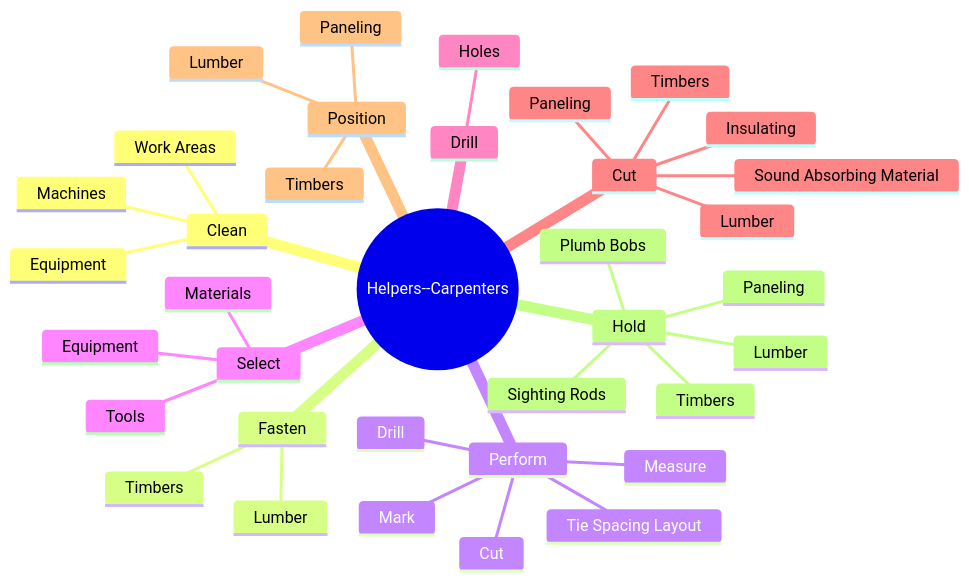
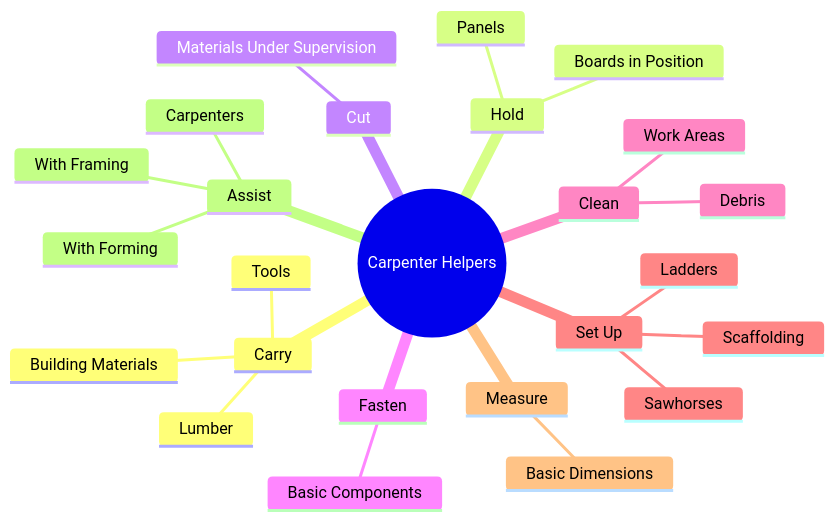
The second of 4 diagrams in occupations/Construction/HelpersCarpenters.mdx (kziemski/business.org.ai), drawn with Mermaid before and after one commit. The commit also changed other lines of this file and 938 other files, not shown here.

````diff
--- a/occupations/Construction/HelpersCarpenters.mdx
+++ b/occupations/Construction/HelpersCarpenters.mdx
@@ -37,39 +46,28 @@
 ```mermaid
 mindmap
-    root(("Helpers--Carpenters"))
+    root(("Carpenter Helpers"))
+        Carry
+            Lumber
+            Building Materials
+            Tools
+        Hold
+            Boards in Position
+            Panels
+        Cut
+            Materials Under Supervision
+        Fasten
+            Basic Components
         Clean
             Work Areas
-            Machines
-            Equipment
-        Fasten
-            Timbers
-            Lumber
-        Perform
-            Tie Spacing Layout
-            Measure
-            Mark
-            Drill
-            Cut
-        Select
-            Tools
-            Equipment
-            Materials
-        Drill
-            Holes
-        Cut
-            Timbers
-            Lumber
-            Paneling
-            Insulating
-            Sound Absorbing Material
-        Position
-            Timbers
-            Lumber
-            Paneling
-        Hold
-            Timbers
-            Lumber
-            Paneling
-            Plumb Bobs
-            Sighting Rods
+            Debris
+        Set Up
+            Scaffolding
+            Ladders
+            Sawhorses
+        Measure
+            Basic Dimensions
+        Assist
+            Carpenters
+            With Framing
+            With Forming
 ```
````
